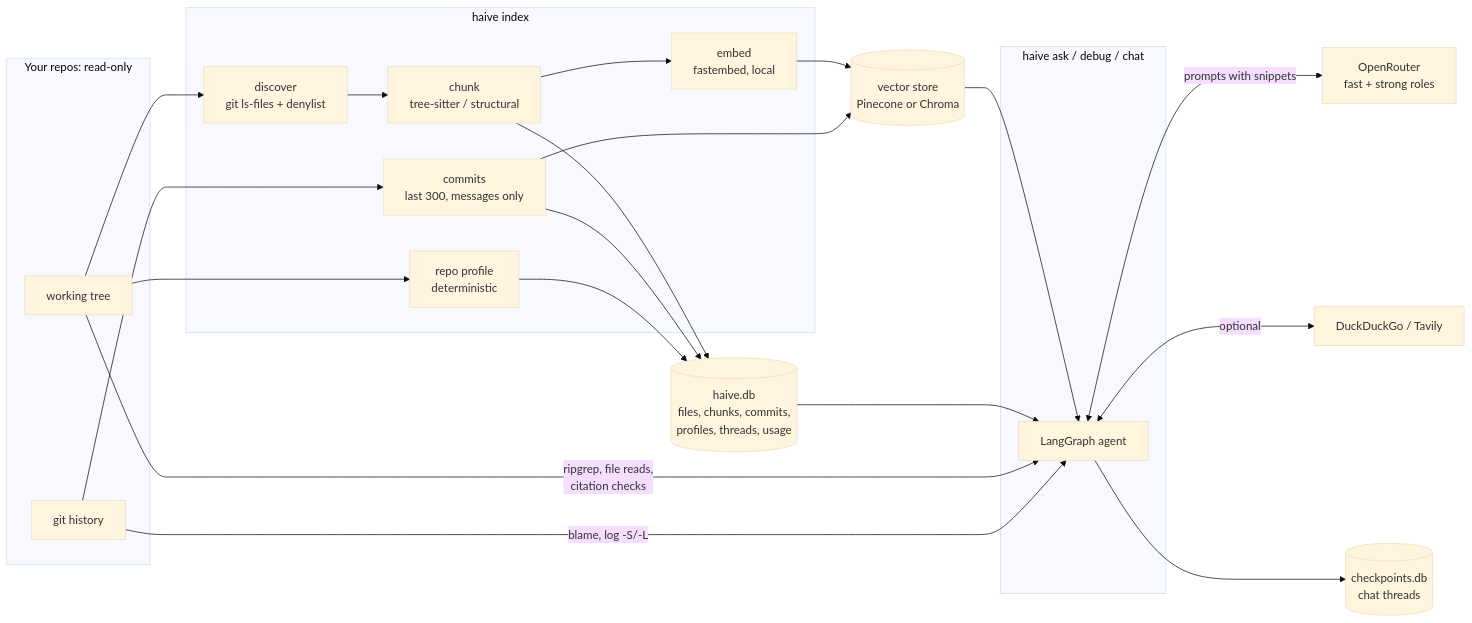
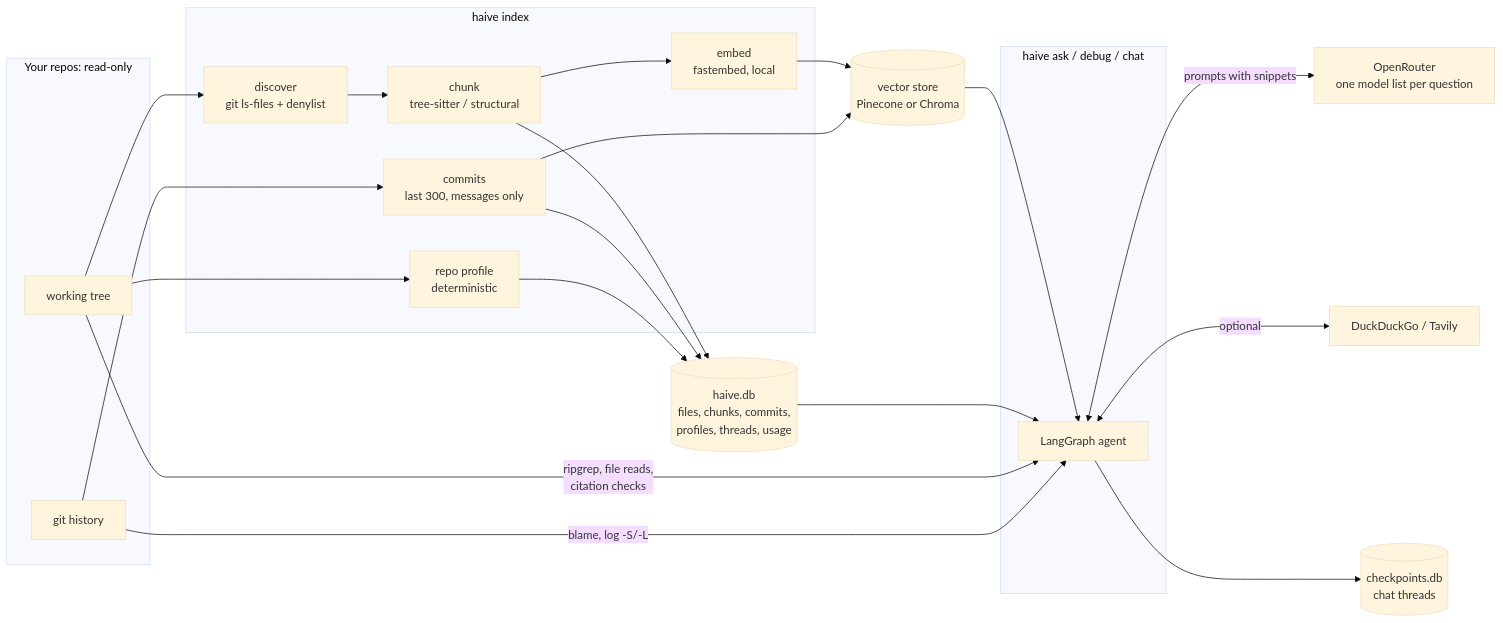
One commit to aman-todi/haive-mind changed the first of 2 diagrams in docs/ARCHITECTURE.md. Above: the diagram before and after it, drawn with Mermaid (base theme). The commit also changed other lines of this file and 35 other files, not shown here.

````diff
--- a/docs/ARCHITECTURE.md
+++ b/docs/ARCHITECTURE.md
@@ -5,29 +5,29 @@
 ```mermaid
 flowchart LR
   subgraph repos[Your repos: read-only]
     WT[working tree]
     GIT[git history]
   end
   subgraph index[haive index]
     D[discover<br/>git ls-files + denylist] --> C[chunk<br/>tree-sitter / structural]
     C --> E[embed<br/>fastembed, local]
     GIT --> CM[commits<br/>last 300, messages only]
     WT --> P[repo profile<br/>deterministic]
   end
   WT --> D
   E --> VS[(vector store<br/>Pinecone or Chroma)]
   CM --> VS
   C --> DB[(haive.db<br/>files, chunks, commits,<br/>profiles, threads, usage)]
   CM --> DB
   P --> DB
   subgraph ask[haive ask / debug / chat]
     G[LangGraph agent]
   end
   VS --> G
   DB --> G
   WT -->|ripgrep, file reads,<br/>citation checks| G
   GIT -->|blame, log -S/-L| G
-  G <-->|prompts with snippets| LLM[OpenRouter<br/>fast + strong roles]
+  G <-->|prompts with snippets| LLM[OpenRouter<br/>one model list per question]
   G <-->|optional| WEB[DuckDuckGo / Tavily]
   G --> CK[(checkpoints.db<br/>chat threads)]
 ```
````
